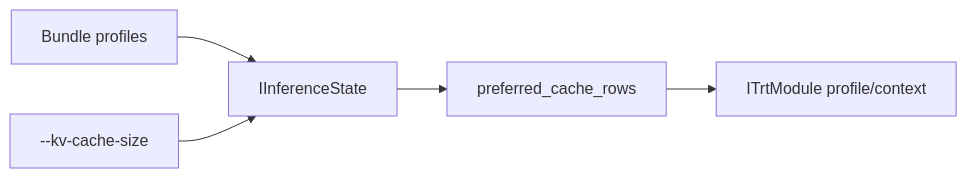
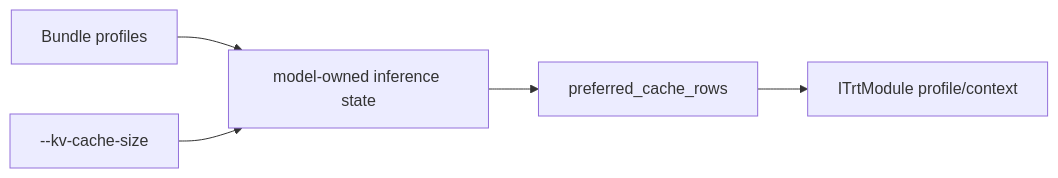
One commit to AbishekCoder1/TensorRT-Model-Connect changed the third of 4 diagrams in website/docs/tutorials/advanced/quantization-and-runtime-knobs.md. Above: the diagram before and after it, drawn with Mermaid. The commit also changed other lines of this file and 83 other files, not shown here.

````diff
--- a/website/docs/tutorials/advanced/quantization-and-runtime-knobs.md
+++ b/website/docs/tutorials/advanced/quantization-and-runtime-knobs.md
@@ -98,7 +132,7 @@
 ```mermaid
 flowchart LR
-  Bundle["Bundle profiles"] --> State["IInferenceState"]
+  Bundle["Bundle profiles"] --> State["model-owned inference state"]
   Budget["--kv-cache-size"] --> State
   State --> Rows["preferred_cache_rows"]
   Rows --> Module["ITrtModule profile/context"]
 ```
````
